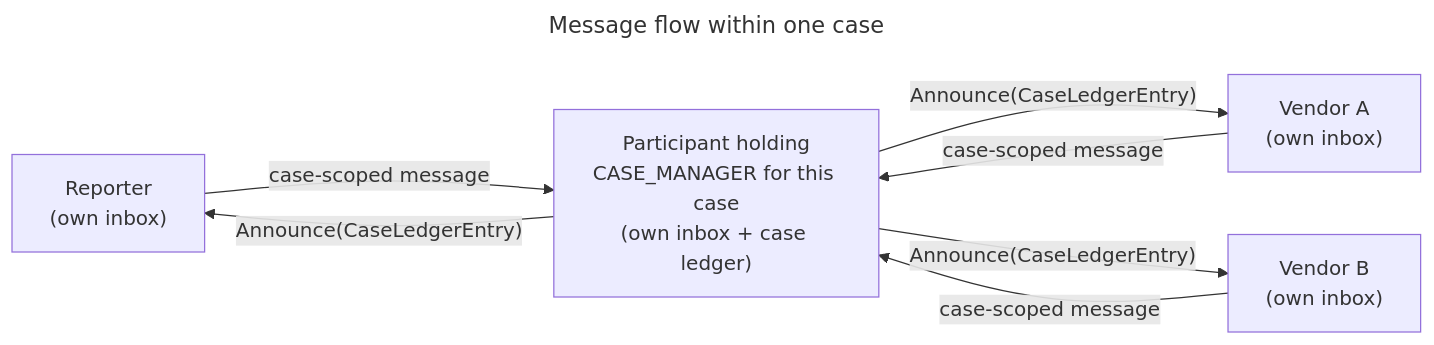
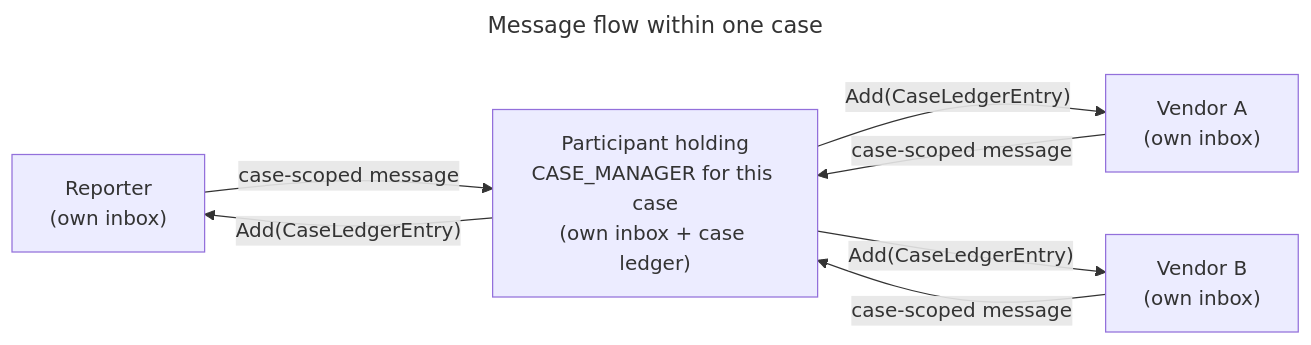
One commit to CERTCC/Vultron changed the diagram in docs/reference/vultron-spec/_protocol-overview.md. Above: the diagram before and after it, drawn with Mermaid. The commit also changed other lines of this file and 358 other files, not shown here.

First line of the commit message:
feat(sync): a ledger commit goes out as an Add to the case's ledger

````diff
--- a/docs/reference/vultron-spec/_protocol-overview.md
+++ b/docs/reference/vultron-spec/_protocol-overview.md
@@ -47,17 +47,17 @@
 ```mermaid
 ---
 title: Message flow within one case
 ---
 flowchart LR
     R["Reporter<br/>(own inbox)"]
     V1["Vendor A<br/>(own inbox)"]
     V2["Vendor B<br/>(own inbox)"]
     CM["Participant holding<br/>CASE_MANAGER for this case<br/>(own inbox + case ledger)"]
 
     R -- "case-scoped message" --> CM
     V1 -- "case-scoped message" --> CM
     V2 -- "case-scoped message" --> CM
-    CM -- "Announce(CaseLedgerEntry)" --> R
-    CM -- "Announce(CaseLedgerEntry)" --> V1
-    CM -- "Announce(CaseLedgerEntry)" --> V2
+    CM -- "Add(CaseLedgerEntry)" --> R
+    CM -- "Add(CaseLedgerEntry)" --> V1
+    CM -- "Add(CaseLedgerEntry)" --> V2
 ```
````
